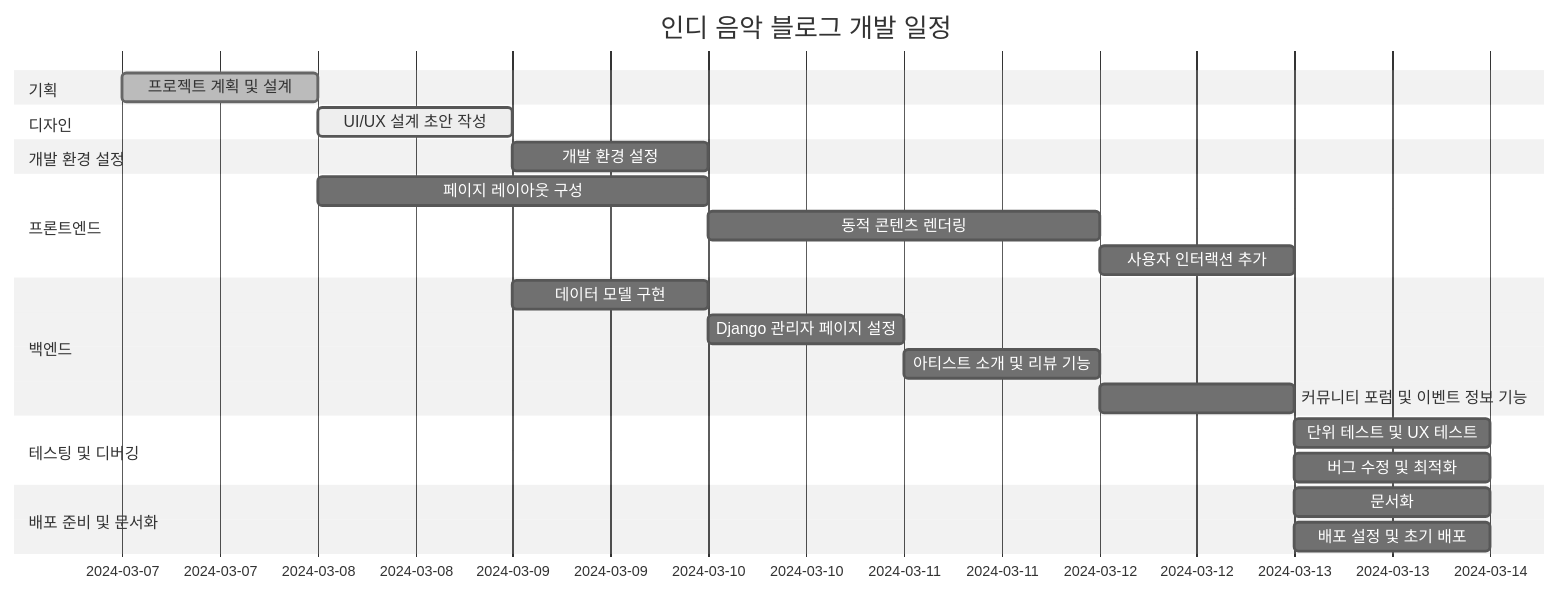
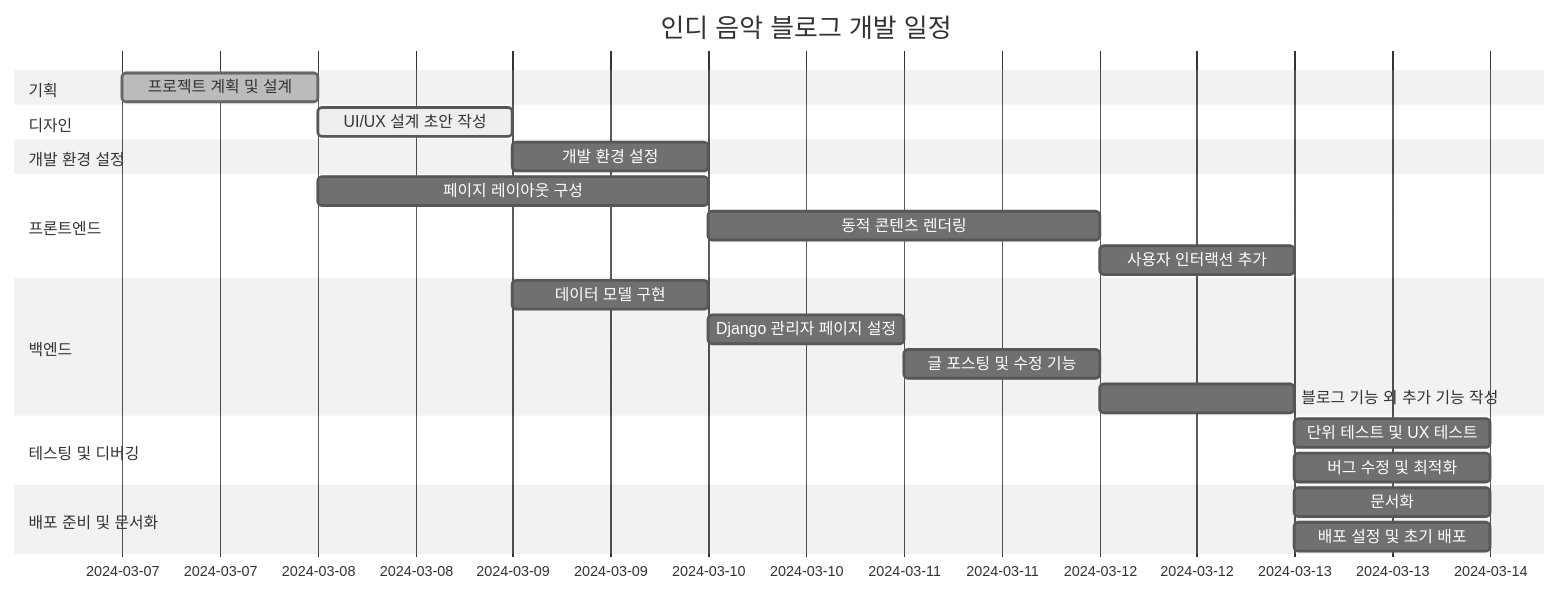
Before and after one commit to daisybum/django-website: the second of 7 diagrams in README.md, drawn with Mermaid (neutral theme). The commit also changed 26 other files, not shown here.

````diff
--- a/README.md
+++ b/README.md
@@ -305,26 +305,26 @@
 ```mermaid
 gantt
     title 인디 음악 블로그 개발 일정
     dateFormat  YYYY-MM-DD
     section 기획
     프로젝트 계획 및 설계    :done,    des1, 2024-03-07,1d
     section 디자인
     UI/UX 설계 초안 작성     :active,  des2, 2024-03-08,1d
     section 개발 환경 설정
     개발 환경 설정          :         dev1, 2024-03-09,1d
     section 프론트엔드
     페이지 레이아웃 구성    :         fe1, 2024-03-08,2d
     동적 콘텐츠 렌더링      :         fe2, 2024-03-10,2d
     사용자 인터랙션 추가    :         fe3, 2024-03-12,1d
     section 백엔드
     데이터 모델 구현        :         be1, 2024-03-09,1d
     Django 관리자 페이지 설정 :       be2, 2024-03-10,1d
-    아티스트 소개 및 리뷰 기능  :      be3, 2024-03-11,1d
-    커뮤니티 포럼 및 이벤트 정보 기능: be4, 2024-03-12,1d
+    글 포스팅 및 수정 기능  :      be3, 2024-03-11,1d
+    블로그 기능 외 추가 기능 작성: be4, 2024-03-12,1d
     section 테스팅 및 디버깅
     단위 테스트 및 UX 테스트 :        test1, 2024-03-13,1d
     버그 수정 및 최적화     :         test2, 2024-03-13,1d
     section 배포 준비 및 문서화
     문서화                  :         doc1, 2024-03-13,1d
     배포 설정 및 초기 배포  :         deploy1, 2024-03-13,1d
 ```
````
